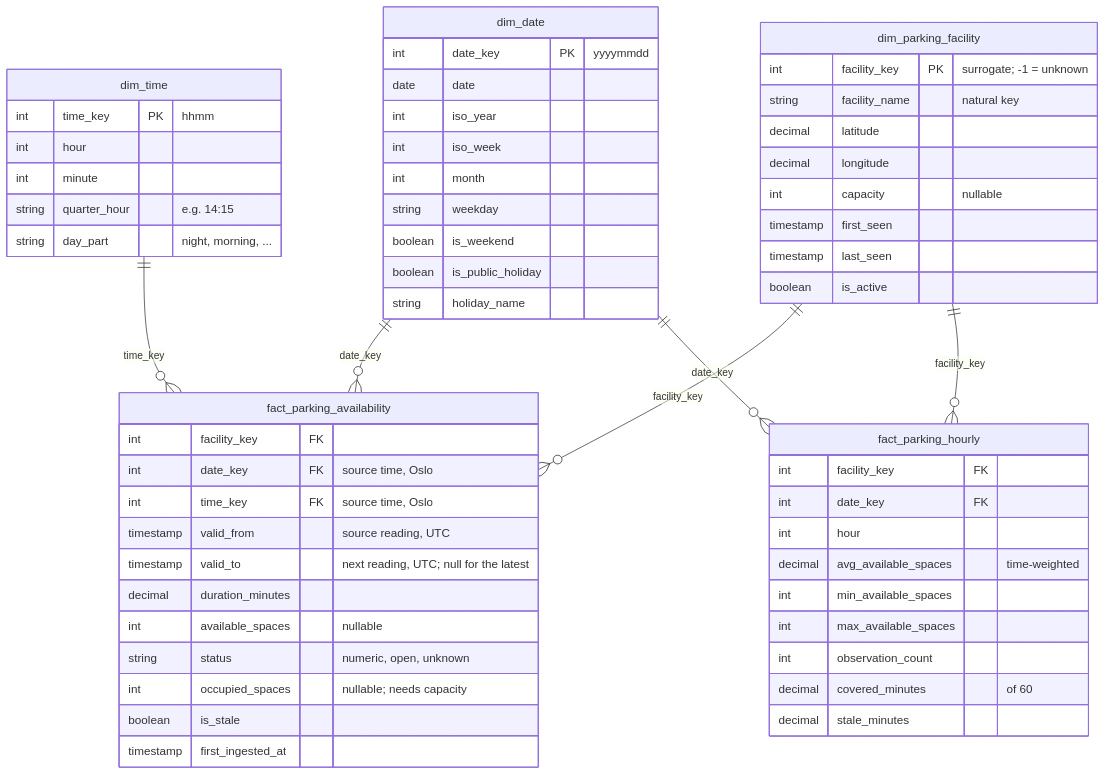
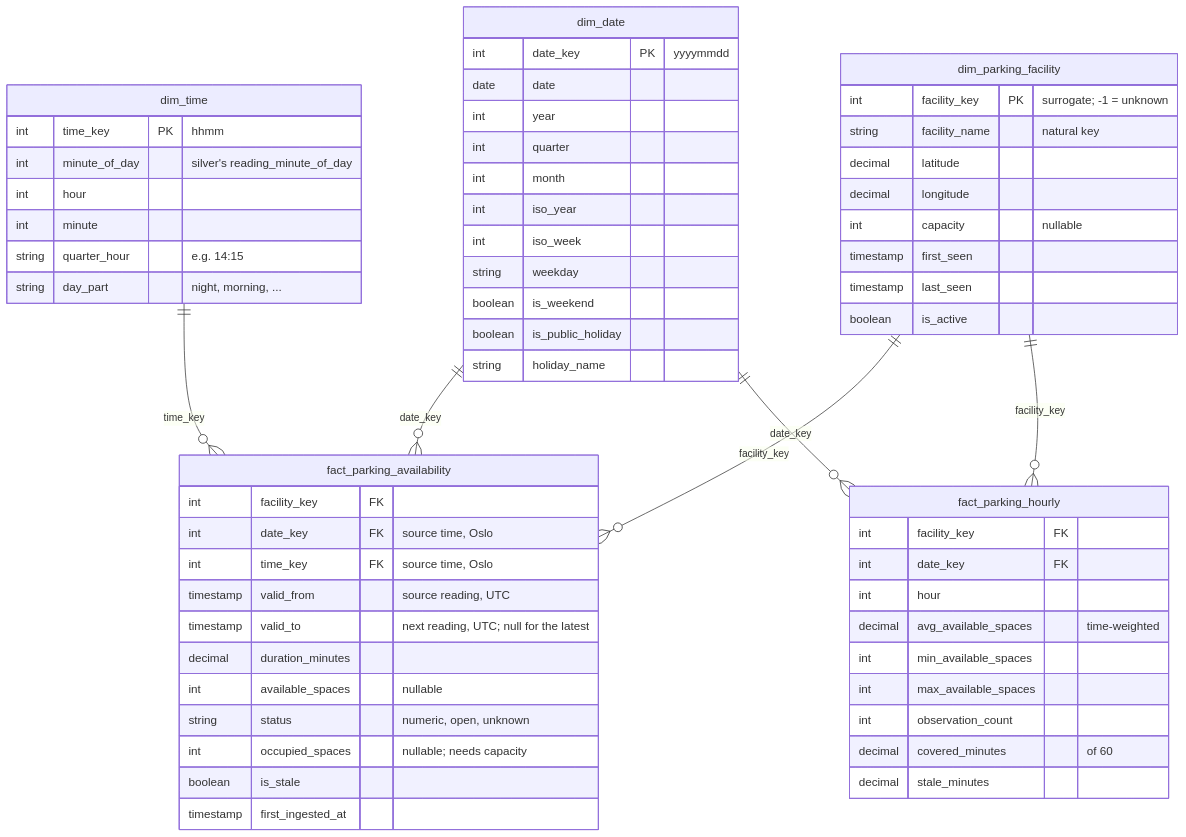
One commit to VirtueMe/stavangerparking changed the third of 3 diagrams in docs/architecture.md. Above: the diagram before and after it, drawn with Mermaid. The commit also changed other lines of this file and 12 other files, not shown here.

````diff
--- a/docs/architecture.md
+++ b/docs/architecture.md
@@ -95,65 +95,68 @@
 ```mermaid
 erDiagram
     dim_date ||--o{ fact_parking_availability : "date_key"
     dim_time ||--o{ fact_parking_availability : "time_key"
     dim_parking_facility ||--o{ fact_parking_availability : "facility_key"
     dim_date ||--o{ fact_parking_hourly : "date_key"
     dim_parking_facility ||--o{ fact_parking_hourly : "facility_key"
 
     dim_date {
         int date_key PK "yyyymmdd"
         date date
+        int year
+        int quarter
+        int month
         int iso_year
         int iso_week
-        int month
         string weekday
         boolean is_weekend
         boolean is_public_holiday
         string holiday_name
     }
 
     dim_time {
         int time_key PK "hhmm"
+        int minute_of_day "silver's reading_minute_of_day"
         int hour
         int minute
         string quarter_hour "e.g. 14:15"
         string day_part "night, morning, ..."
     }
 
     dim_parking_facility {
         int facility_key PK "surrogate; -1 = unknown"
         string facility_name "natural key"
         decimal latitude
         decimal longitude
         int capacity "nullable"
         timestamp first_seen
         timestamp last_seen
         boolean is_active
     }
 
     fact_parking_availability {
         int facility_key FK
         int date_key FK "source time, Oslo"
         int time_key FK "source time, Oslo"
         timestamp valid_from "source reading, UTC"
         timestamp valid_to "next reading, UTC; null for the latest"
         decimal duration_minutes
         int available_spaces "nullable"
         string status "numeric, open, unknown"
         int occupied_spaces "nullable; needs capacity"
         boolean is_stale
         timestamp first_ingested_at
     }
 
     fact_parking_hourly {
         int facility_key FK
         int date_key FK
         int hour
         decimal avg_available_spaces "time-weighted"
         int min_available_spaces
         int max_available_spaces
         int observation_count
         decimal covered_minutes "of 60"
         decimal stale_minutes
     }
 ```
````
